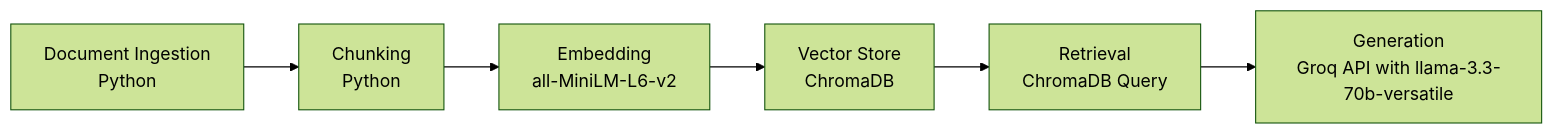
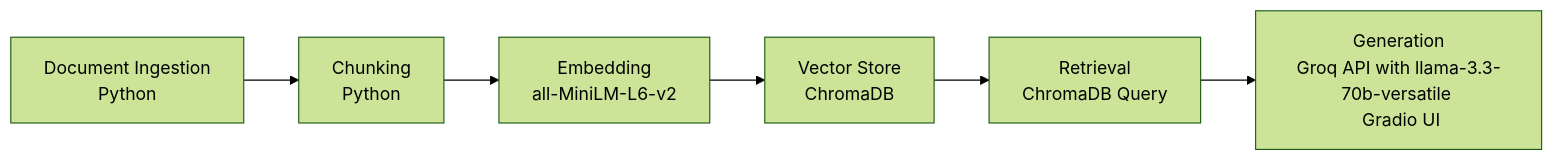
The diagram in planning.md (hariumapathy/ai201-project1-unofficial-guide-starter), drawn with Mermaid (forest theme) before and after one commit. The commit also changed 4 other files, not shown here.

Commit message:
Milestone 5: Implemented LLM response generation and Gradio UI Interface

````diff
--- a/planning.md
+++ b/planning.md
@@ -141,8 +141,8 @@
 ```mermaid
 flowchart LR
     A["Document Ingestion\nPython"] --> B["Chunking\nPython"]
     B --> C["Embedding\nall-MiniLM-L6-v2"]
     C --> D["Vector Store\nChromaDB"]
     D --> E["Retrieval\nChromaDB Query"]
-    E --> F["Generation\nGroq API with llama-3.3-70b-versatile"]
+    E --> F["Generation\nGroq API with llama-3.3-70b-versatile \n Gradio UI"]
 ```
````
